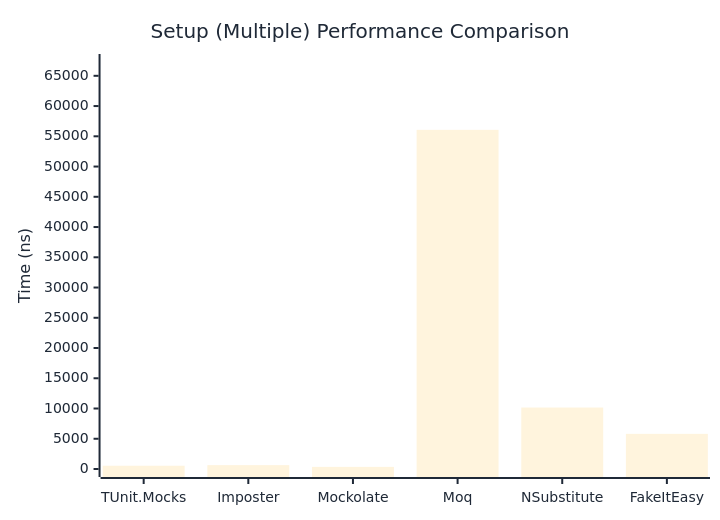
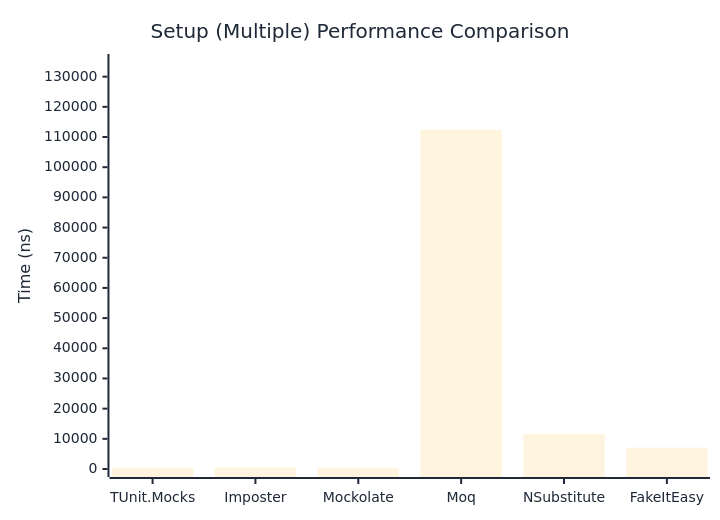
One commit to thomhurst/TUnit changed the second of 2 diagrams in docs/docs/benchmarks/mocks/Setup.md. Above: the diagram before and after it, drawn with Mermaid. The commit also changed other lines of this file and 14 other files, not shown here.

````diff
--- a/docs/docs/benchmarks/mocks/Setup.md
+++ b/docs/docs/benchmarks/mocks/Setup.md
@@ -71,27 +71,27 @@
 ```mermaid
 %%{init: {
   'theme':'base',
   'themeVariables': {
     'primaryColor': '#2563eb',
     'primaryTextColor': '#1f2937',
     'primaryBorderColor': '#1e40af',
     'lineColor': '#6b7280',
     'secondaryColor': '#7c3aed',
     'tertiaryColor': '#dc2626',
     'background': '#ffffff',
     'pie1': '#2563eb',
     'pie2': '#7c3aed',
     'pie3': '#dc2626',
     'pie4': '#f59e0b',
     'pie5': '#10b981',
     'pie6': '#06b6d4',
     'pie7': '#ec4899',
     'pie8': '#6366f1'
   }
 }}%%
 xychart-beta
   title "Setup (Multiple) Performance Comparison"
   x-axis ["TUnit.Mocks", "Imposter", "Mockolate", "Moq", "NSubstitute", "FakeItEasy"]
-  y-axis "Time (ns)" 0 --> 67283
-  bar [541.9, 637.4, 349.5, 56068.7, 10160.5, 5810.8]
+  y-axis "Time (ns)" 0 --> 134859
+  bar [407.8, 521.8, 273.4, 112381.7, 11555.9, 7084.7]
 ```
````
